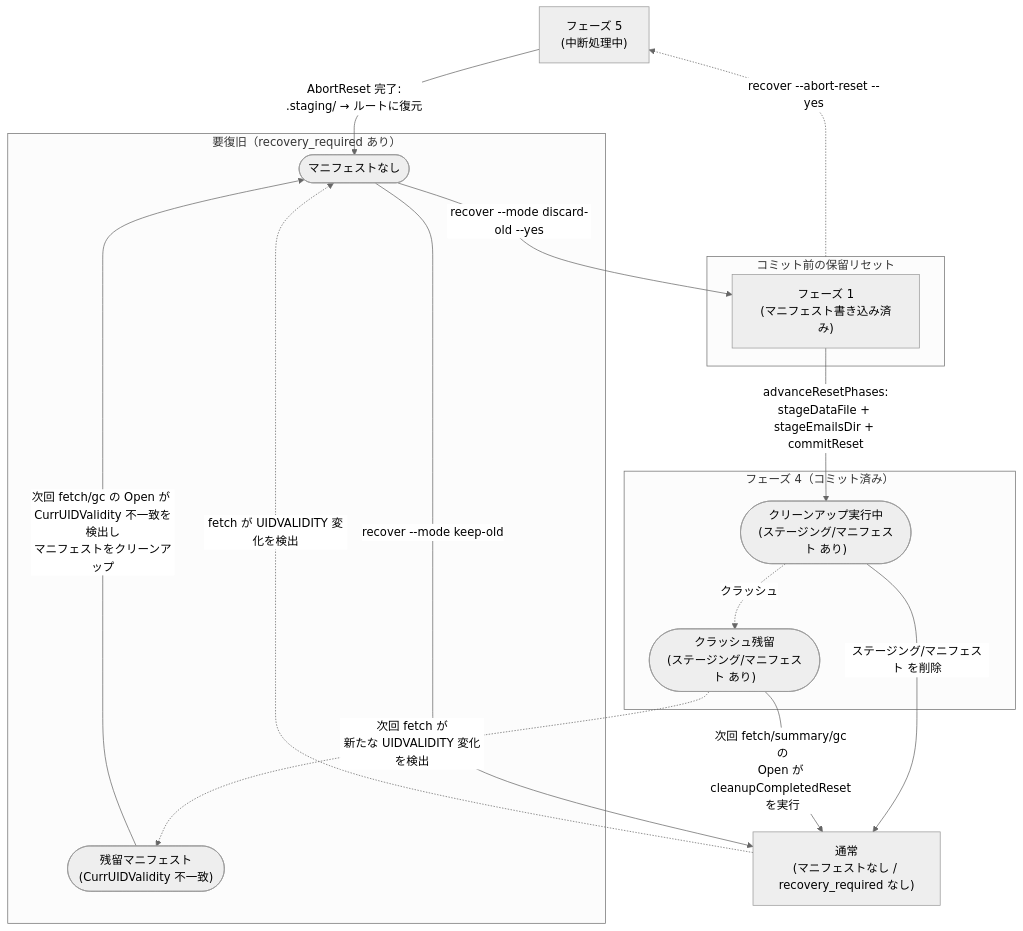
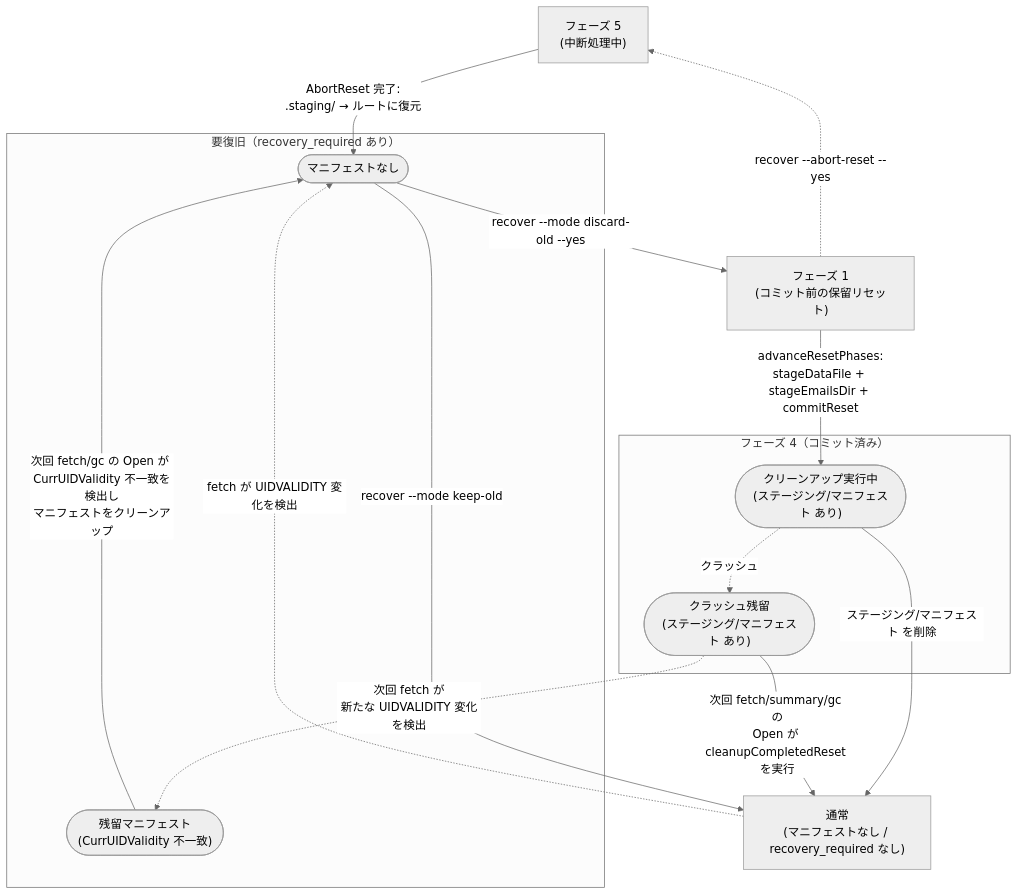
Before and after one commit to isseis/tlsrpt-digest: the diagram in docs/dev/adr/0003_reset_phase_design.ja.md, drawn with Mermaid (neutral theme).

Commit message:
docs(adr-0003): remove PendingReset subgraph; P1 is now a standalone node
フェーズ 1 のみになったため PendingReset サブグラフは不要。
P1 を単独ノードとし、abort 遷移の参照元を P1 に変更。

````diff
--- a/docs/dev/adr/0003_reset_phase_design.ja.md
+++ b/docs/dev/adr/0003_reset_phase_design.ja.md
@@ -91,32 +91,30 @@
 ```mermaid
 flowchart TD
     P5["フェーズ 5<br>(中断処理中)"]
 
     subgraph RecoveryReq["要復旧（recovery_required あり）"]
         RR(["マニフェストなし"])
         StaleM(["残留マニフェスト<br>(CurrUIDValidity 不一致)"])
     end
 
-    subgraph PendingReset["コミット前の保留リセット"]
-        P1["フェーズ 1<br>(マニフェスト書き込み済み)"]
-    end
+    P1["フェーズ 1<br>(コミット前の保留リセット)"]
 
     subgraph Phase4["フェーズ 4（コミット済み）"]
         P4a(["クリーンアップ実行中<br>(ステージング/マニフェスト あり)"])
         P4b(["クラッシュ残留<br>(ステージング/マニフェスト あり)"])
     end
 
     Normal["通常<br>(マニフェストなし / recovery_required なし)"]
 
     RR -->|"recover --mode keep-old"| Normal
     RR -->|"recover --mode discard-old --yes"| P1
     P1 -->|"advanceResetPhases:<br>stageDataFile + stageEmailsDir + commitReset"| P4a
     P4a -->|"ステージング/マニフェスト を削除"| Normal
     P4a -.->|"クラッシュ"| P4b
     P4b -->|"次回 fetch/summary/gc の<br>Open が cleanupCompletedReset を実行"| Normal
     P4b -.->|"次回 fetch が<br>新たな UIDVALIDITY 変化を検出"| StaleM
     StaleM -->|"次回 fetch/gc の Open が CurrUIDValidity 不一致を検出し<br>マニフェストをクリーンアップ"| RR
-    PendingReset -.->|"recover --abort-reset --yes"| P5
+    P1 -.->|"recover --abort-reset --yes"| P5
     P5 -->|"AbortReset 完了:<br>.staging/ → ルートに復元"| RR
     Normal -.->|"fetch が UIDVALIDITY 変化を検出"| RR
 ```
````
